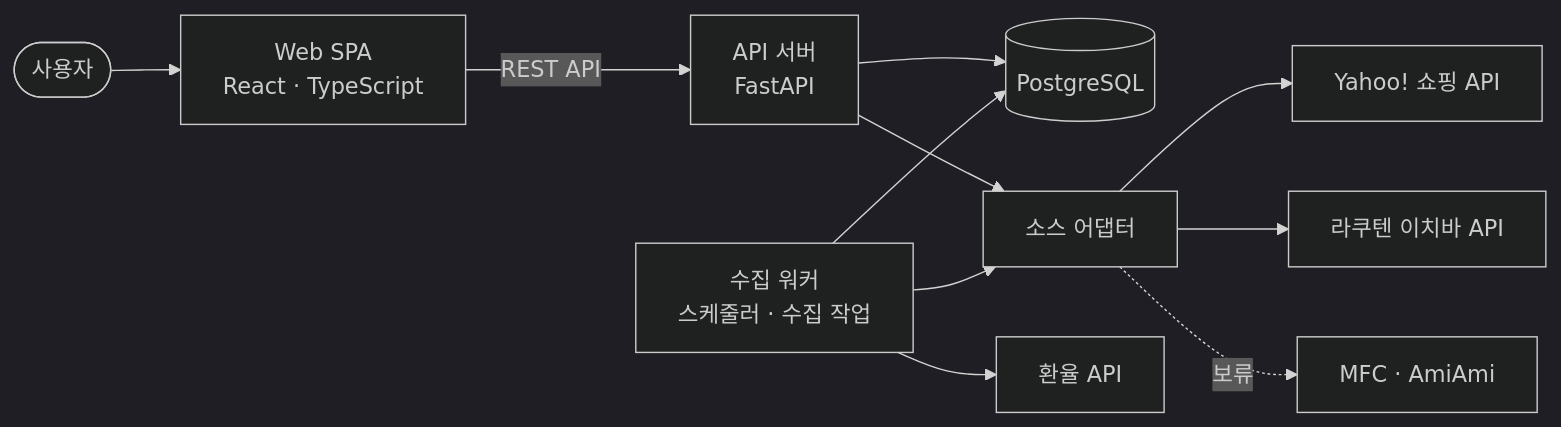
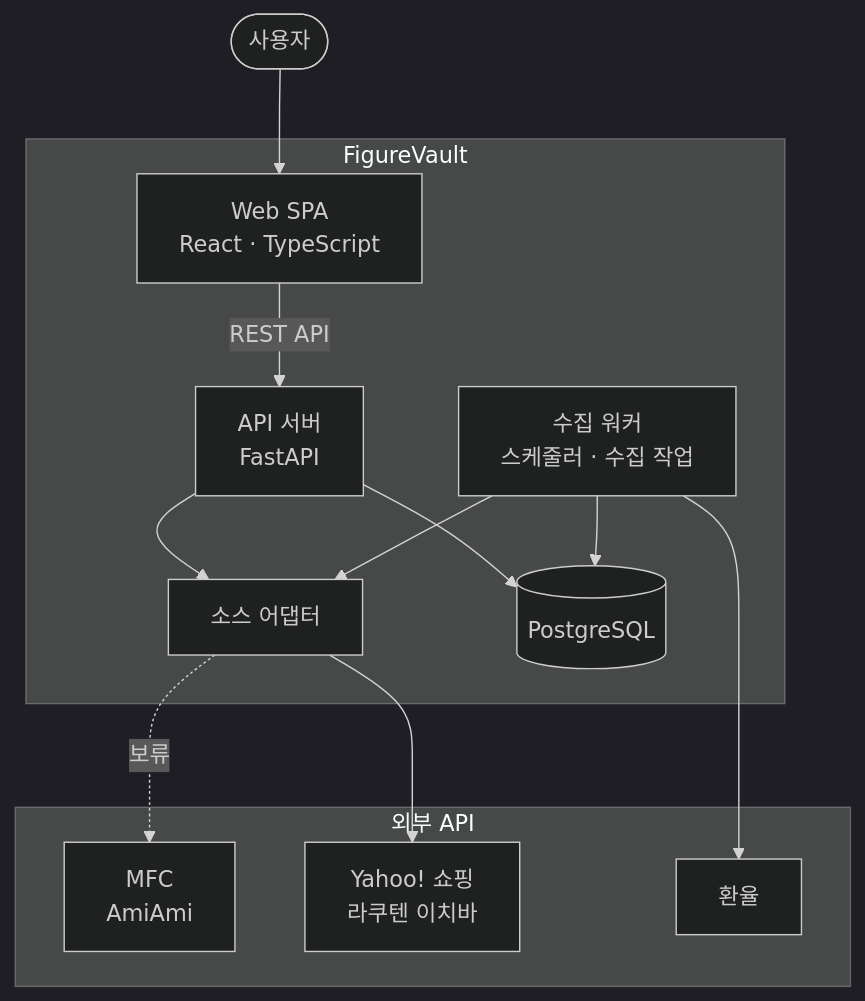
Before and after one commit to JAEJUN0124/figure-project: the diagram in README.md, drawn with Mermaid (dark theme).

Commit message:
README 시스템 구성도 배치 수정
- 가로 배치를 세로 배치로 변경하고 FigureVault 내부와 외부 API를 묶음으로 구분
- GitHub 확대/이동 버튼에 노드가 가려지던 문제 해소
- Yahoo! 쇼핑·라쿠텐 이치바를 한 노드로 통합

````diff
--- a/README.md
+++ b/README.md
@@ -141,13 +141,27 @@
 ```mermaid
-flowchart LR
-    user([사용자]) --> web["Web SPA<br/>React · TypeScript"]
-    web -->|REST API| api["API 서버<br/>FastAPI"]
-    api --> db[("PostgreSQL")]
-    api --> adapters["소스 어댑터"]
-    worker["수집 워커<br/>스케줄러 · 수집 작업"] --> db
+flowchart TB
+    user([사용자]) --> web
+
+    subgraph system["FigureVault"]
+        web["Web SPA<br/>React · TypeScript"]
+        api["API 서버<br/>FastAPI"]
+        worker["수집 워커<br/>스케줄러 · 수집 작업"]
+        adapters["소스 어댑터"]
+        db[("PostgreSQL")]
+    end
+
+    subgraph external["외부 API"]
+        optional["MFC<br/>AmiAmi"]
+        shops["Yahoo! 쇼핑<br/>라쿠텐 이치바"]
+        fx["환율"]
+    end
+
+    web -->|REST API| api
+    api --> db
+    api --> adapters
+    worker --> db
     worker --> adapters
-    worker --> fx["환율 API"]
-    adapters --> yahoo["Yahoo! 쇼핑 API"]
-    adapters --> rakuten["라쿠텐 이치바 API"]
-    adapters -.->|보류| optional["MFC · AmiAmi"]
+    worker --> fx
+    adapters -.->|보류| optional
+    adapters --> shops
 ```
````
